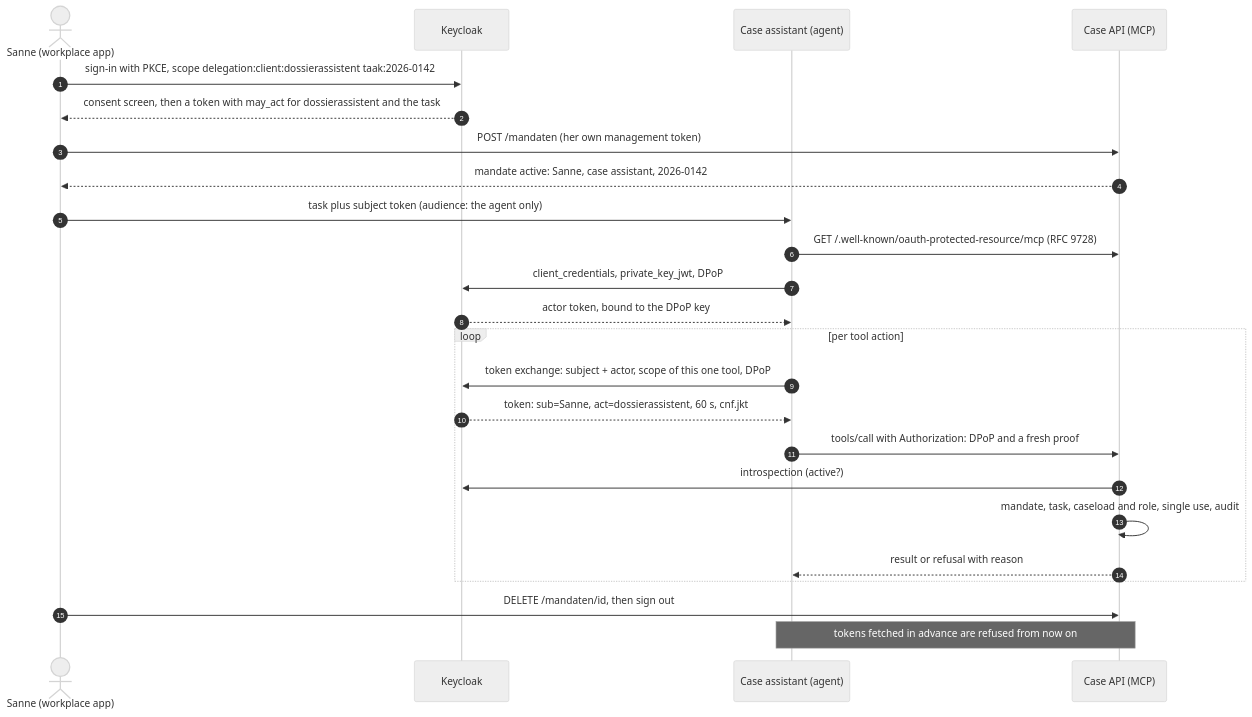
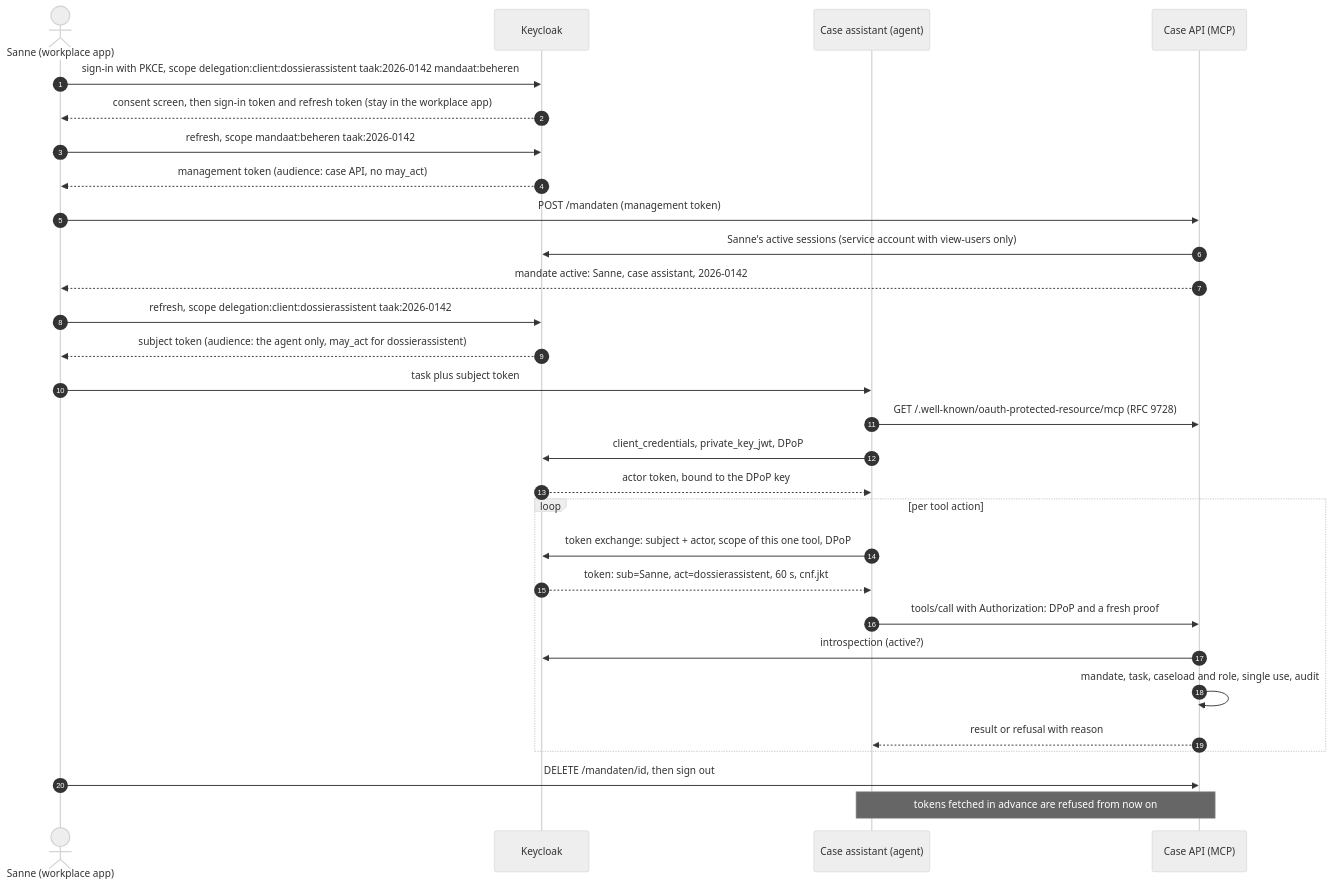
The diagram in README.en.md (oomny-nl/agent-mandaat), drawn with Mermaid (neutral theme) before and after one commit. The commit also changed other lines of this file and 34 other files, not shown here.

````diff
--- a/README.en.md
+++ b/README.en.md
@@ -60,27 +66,32 @@
 ```mermaid
 sequenceDiagram
     autonumber
     actor S as Sanne (workplace app)
     participant K as Keycloak
     participant A as Case assistant (agent)
     participant D as Case API (MCP)
 
-    S->>K: sign-in with PKCE, scope delegation:client:dossierassistent taak:2026-0142
-    K-->>S: consent screen, then a token with may_act for dossierassistent and the task
-    S->>D: POST /mandaten (her own management token)
+    S->>K: sign-in with PKCE, scope delegation:client:dossierassistent taak:2026-0142 mandaat:beheren
+    K-->>S: consent screen, then sign-in token and refresh token (stay in the workplace app)
+    S->>K: refresh, scope mandaat:beheren taak:2026-0142
+    K-->>S: management token (audience: case API, no may_act)
+    S->>D: POST /mandaten (management token)
+    D->>K: Sanne's active sessions (service account with view-users only)
     D-->>S: mandate active: Sanne, case assistant, 2026-0142
-    S->>A: task plus subject token (audience: the agent only)
+    S->>K: refresh, scope delegation:client:dossierassistent taak:2026-0142
+    K-->>S: subject token (audience: the agent only, may_act for dossierassistent)
+    S->>A: task plus subject token
     A->>D: GET /.well-known/oauth-protected-resource/mcp (RFC 9728)
     A->>K: client_credentials, private_key_jwt, DPoP
     K-->>A: actor token, bound to the DPoP key
     loop per tool action
         A->>K: token exchange: subject + actor, scope of this one tool, DPoP
         K-->>A: token: sub=Sanne, act=dossierassistent, 60 s, cnf.jkt
         A->>D: tools/call with Authorization: DPoP and a fresh proof
         D->>K: introspection (active?)
         D->>D: mandate, task, caseload and role, single use, audit
         D-->>A: result or refusal with reason
     end
     S->>D: DELETE /mandaten/id, then sign out
     Note over A,D: tokens fetched in advance are refused from now on
 ```
````
